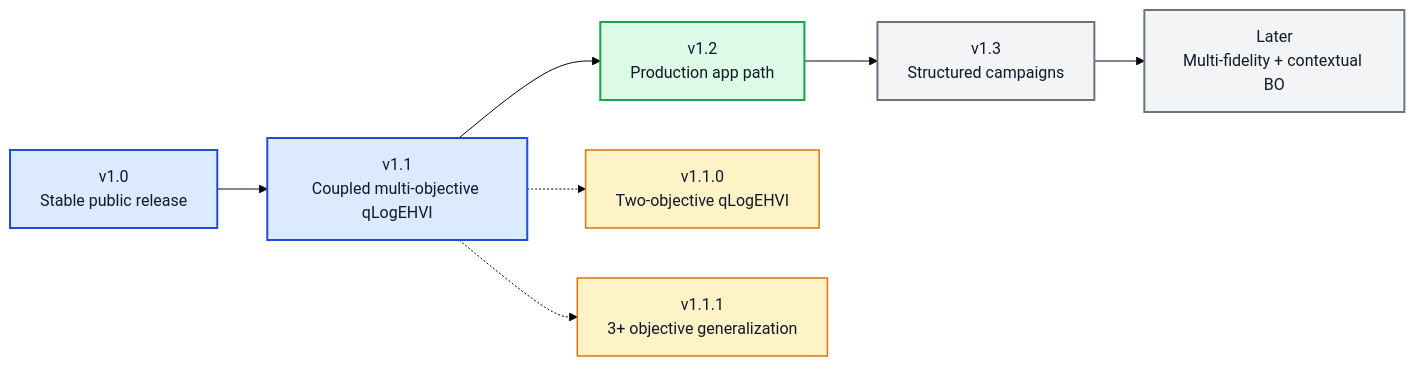
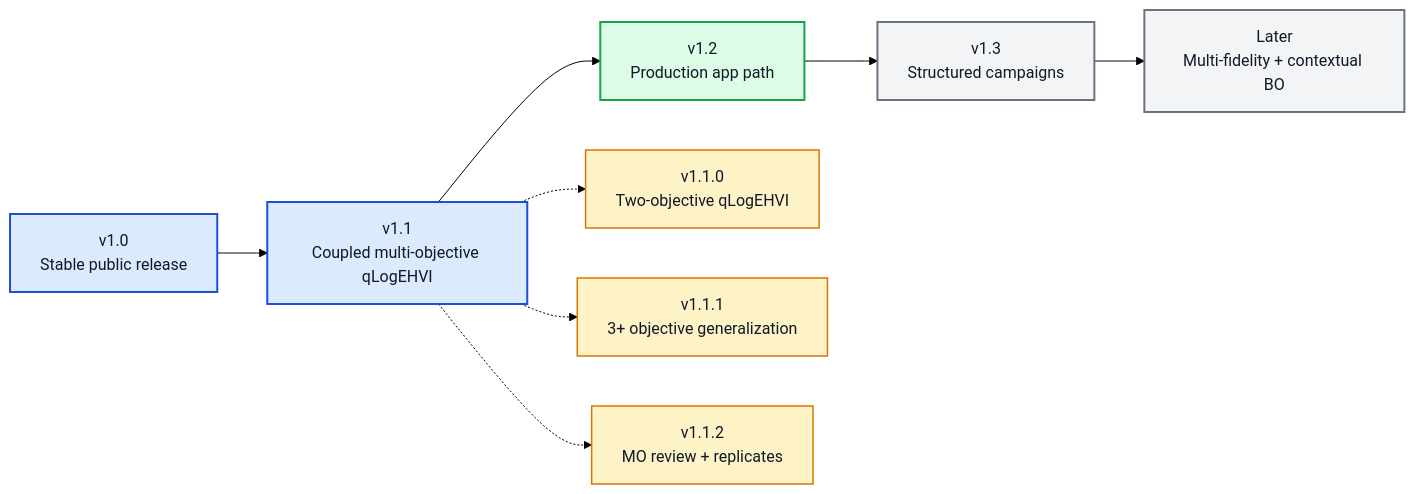
One commit to angzeli/bo-forge changed the diagram in ROADMAP_AFTER_V1.md. Above: the diagram before and after it, drawn with Mermaid (forest theme). The commit also changed other lines of this file and 37 other files, not shown here.

````diff
--- a/ROADMAP_AFTER_V1.md
+++ b/ROADMAP_AFTER_V1.md
@@ -7,20 +7,22 @@
 ```mermaid
 flowchart LR
     v10["v1.0<br/>Stable public release"] --> v11["v1.1<br/>Coupled multi-objective qLogEHVI"] --> v12["v1.2<br/>Production app path"] --> v13["v1.3<br/>Structured campaigns"] --> later["Later<br/>Multi-fidelity + contextual BO"]
 
     v110["v1.1.0<br/>Two-objective qLogEHVI"]
     v111["v1.1.1<br/>3+ objective generalization"]
+    v112["v1.1.2<br/>MO review + replicates"]
 
     v11 -.-> v110
     v11 -.-> v111
+    v11 -.-> v112
 
     class v10,v11 majorDone
     class v12 majorNext
     class v13,later majorFuture
-    class v110,v111 patchDone
+    class v110,v111,v112 patchDone
 
     classDef majorDone fill:#dbeafe,stroke:#1d4ed8,stroke-width:2px,color:#111827;
     classDef majorNext fill:#dcfce7,stroke:#16a34a,stroke-width:2px,color:#111827;
     classDef majorFuture fill:#f3f4f6,stroke:#6b7280,stroke-width:2px,color:#111827;
     classDef patchDone fill:#fef3c7,stroke:#d97706,stroke-width:1.5px,color:#111827;
 ```
````
